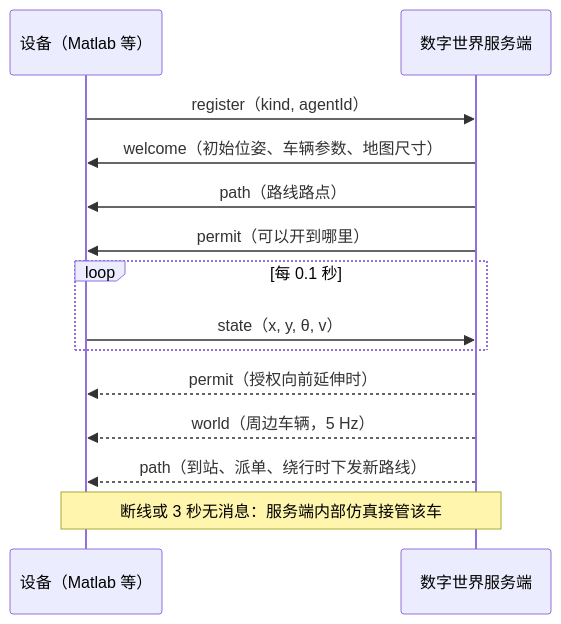
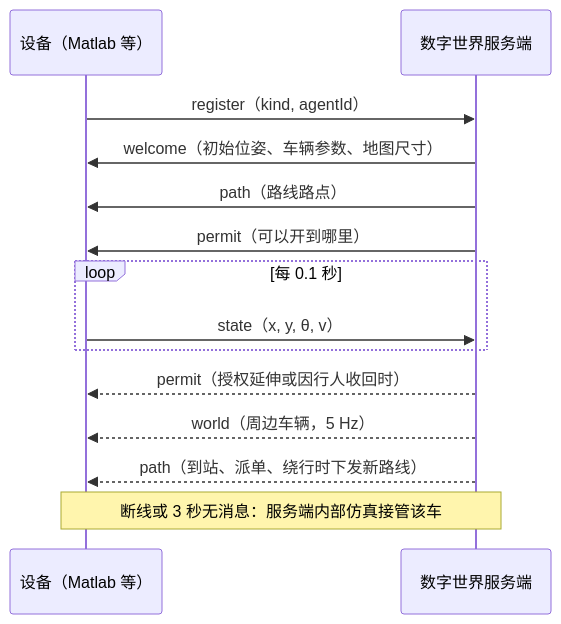
The diagram in docs/protocol.md (fuzeliang1/ZongC), drawn with Mermaid before and after one commit. The commit also changed other lines of this file and 58 other files, not shown here.

````diff
--- a/docs/protocol.md
+++ b/docs/protocol.md
@@ -38,16 +38,16 @@
 ```mermaid
 sequenceDiagram
     participant D as 设备（Matlab 等）
     participant S as 数字世界服务端
     D->>S: register（kind, agentId）
     S->>D: welcome（初始位姿、车辆参数、地图尺寸）
     S->>D: path（路线路点）
     S->>D: permit（可以开到哪里）
     loop 每 0.1 秒
         D->>S: state（x, y, θ, v）
     end
-    S-->>D: permit（授权向前延伸时）
+    S-->>D: permit（授权延伸或因行人收回时）
     S-->>D: world（周边车辆，5 Hz）
     S-->>D: path（到站、派单、绕行时下发新路线）
     Note over D,S: 断线或 3 秒无消息：服务端内部仿真接管该车
 ```
````
